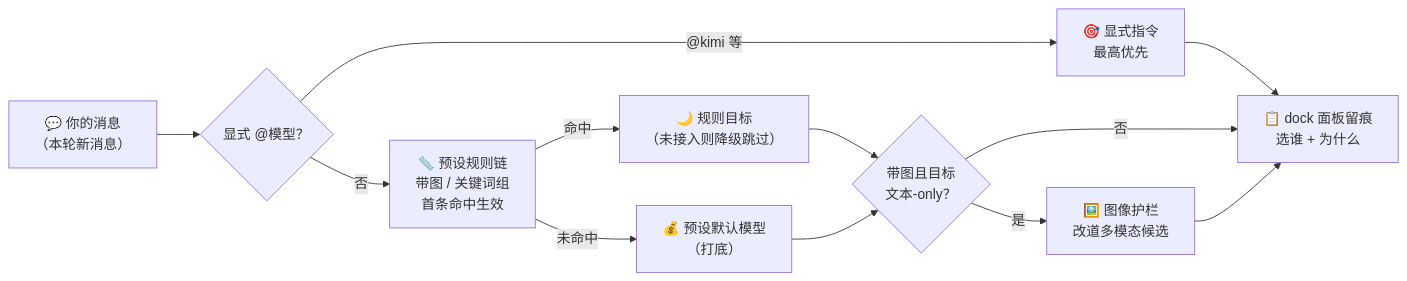
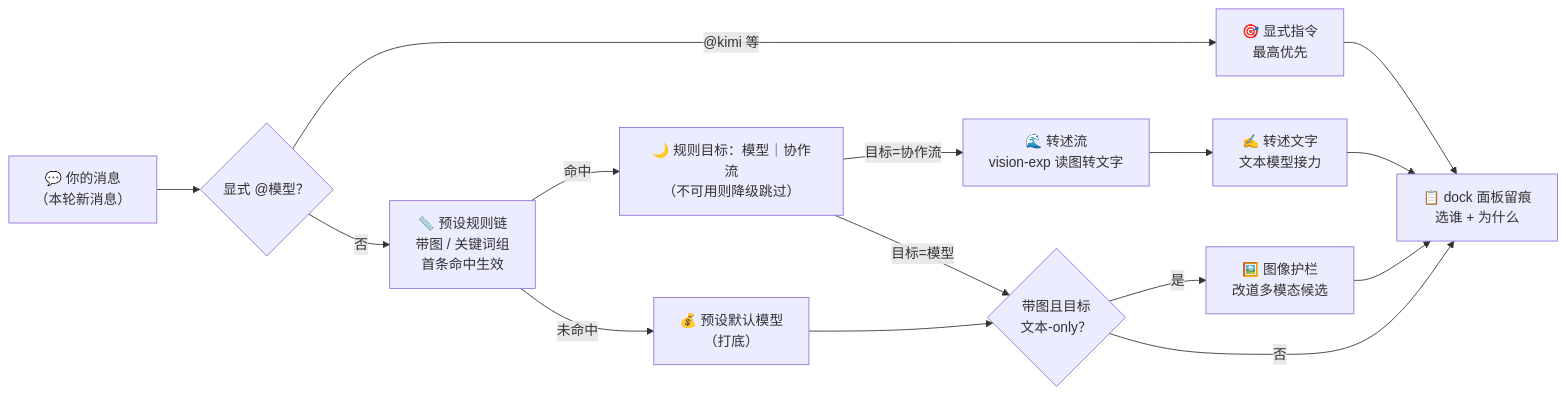
One commit to tafcear/kimi-tide changed the first of 4 diagrams in README.md. Above: the diagram before and after it, drawn with Mermaid. The commit also changed other lines of this file and 8 other files, not shown here.

First line of the commit message:
docs(readme): 0.6.0 架构图重生成 + 贡献者致谢 + 路线图/FAQ/配置同步（中英镜像）

````diff
--- a/README.md
+++ b/README.md
@@ -20,14 +20,17 @@
 ```mermaid
 flowchart LR
     A["💬 你的消息<br>（本轮新消息）"] --> B{"显式 @模型？"}
     B -- "@kimi 等" --> H["🎯 显式指令<br>最高优先"]
     B -- 否 --> C["📏 预设规则链<br>带图 / 关键词组<br>首条命中生效"]
-    C -- 命中 --> D["🌙 规则目标<br>（未接入则降级跳过）"]
+    C -- 命中 --> D["🌙 规则目标：模型｜协作流<br>（不可用则降级跳过）"]
     C -- 未命中 --> E["💰 预设默认模型<br>（打底）"]
     H --> J
-    D --> F{"带图且目标<br>文本-only？"}
-    E --> F
+    D -- "目标=协作流" --> T["🌊 转述流<br>vision-exp 读图转文字"]
+    D -- "目标=模型" --> F
+    E --> F{"带图且目标<br>文本-only？"}
+    T --> K["✍️ 转述文字<br>文本模型接力"]
     F -- 是 --> G["🖼️ 图像护栏<br>改道多模态候选"]
     F -- 否 --> J["📋 dock 面板留痕<br>选谁 + 为什么"]
     G --> J
+    K --> J
 ```
````
